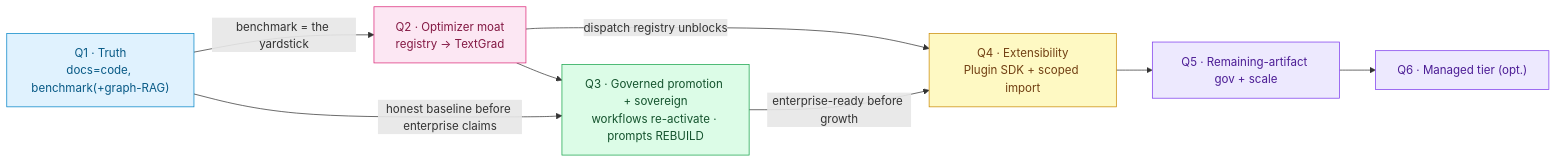
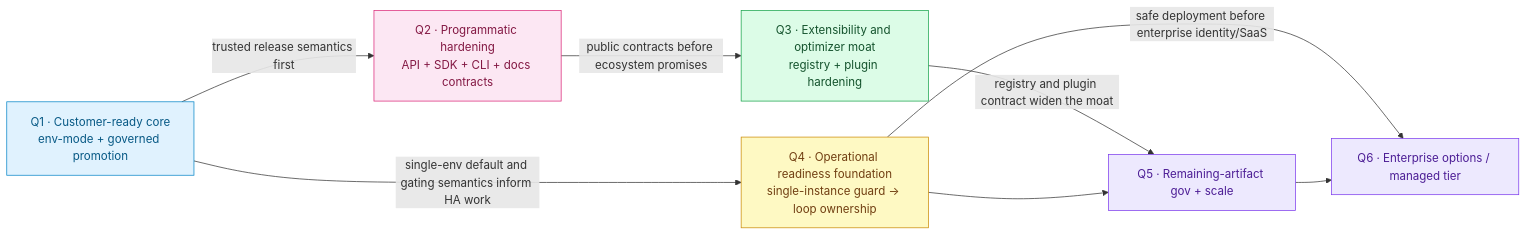
One commit to rrahimi-uci/caliber-suite changed the second of 2 diagrams in docs-site/m-18-roadmap.md. Above: the diagram before and after it, drawn with Mermaid. The commit also changed other lines of this file and 175 other files, not shown here.

Commit message:
Refresh docs site UX and sync roadmap/report updates

````diff
--- a/docs-site/m-18-roadmap.md
+++ b/docs-site/m-18-roadmap.md
@@ -97,21 +103,21 @@
 ```mermaid
 flowchart LR
-    Q1["Q1 · Truth<br/>docs=code, benchmark(+graph-RAG)"]:::a
-    Q2["Q2 · Optimizer moat<br/>registry → TextGrad"]:::b
-    Q3["Q3 · Governed promotion + sovereign<br/>workflows re-activate · prompts REBUILD"]:::c
-    Q4["Q4 · Extensibility<br/>Plugin SDK + scoped import"]:::d
+    Q1["Q1 · Customer-ready core<br/>env-mode + governed promotion"]:::a
+    Q2["Q2 · Programmatic hardening<br/>API + SDK + CLI + docs contracts"]:::b
+    Q3["Q3 · Extensibility and optimizer moat<br/>registry + plugin hardening"]:::c
+    Q4["Q4 · Operational readiness foundation<br/>single-instance guard → loop ownership"]:::d
     Q5["Q5 · Remaining-artifact gov + scale"]:::e
-    Q6["Q6 · Managed tier (opt.)"]:::e
+    Q6["Q6 · Enterprise options / managed tier"]:::e
 
-    Q1 -->|"benchmark = the yardstick"| Q2
-    Q1 -->|"honest baseline before enterprise claims"| Q3
-    Q2 -->|"dispatch registry unblocks"| Q4
-    Q2 --> Q3
-    Q3 -->|"enterprise-ready before growth"| Q4
+    Q1 -->|"trusted release semantics first"| Q2
+    Q2 -->|"public contracts before ecosystem promises"| Q3
+    Q1 -->|"single-env default and gating semantics inform HA work"| Q4
+    Q3 -->|"registry and plugin contract widen the moat"| Q5
+    Q4 -->|"safe deployment before enterprise identity/SaaS"| Q6
     Q4 --> Q5 --> Q6
     classDef a fill:#e0f2fe,stroke:#0284c7,color:#075985;
     classDef b fill:#fce7f3,stroke:#db2777,color:#831843;
     classDef c fill:#dcfce7,stroke:#16a34a,color:#14532d;
     classDef d fill:#fef9c3,stroke:#ca8a04,color:#713f12;
     classDef e fill:#ede9fe,stroke:#7c3aed,color:#4c1d95;
 ```
````
